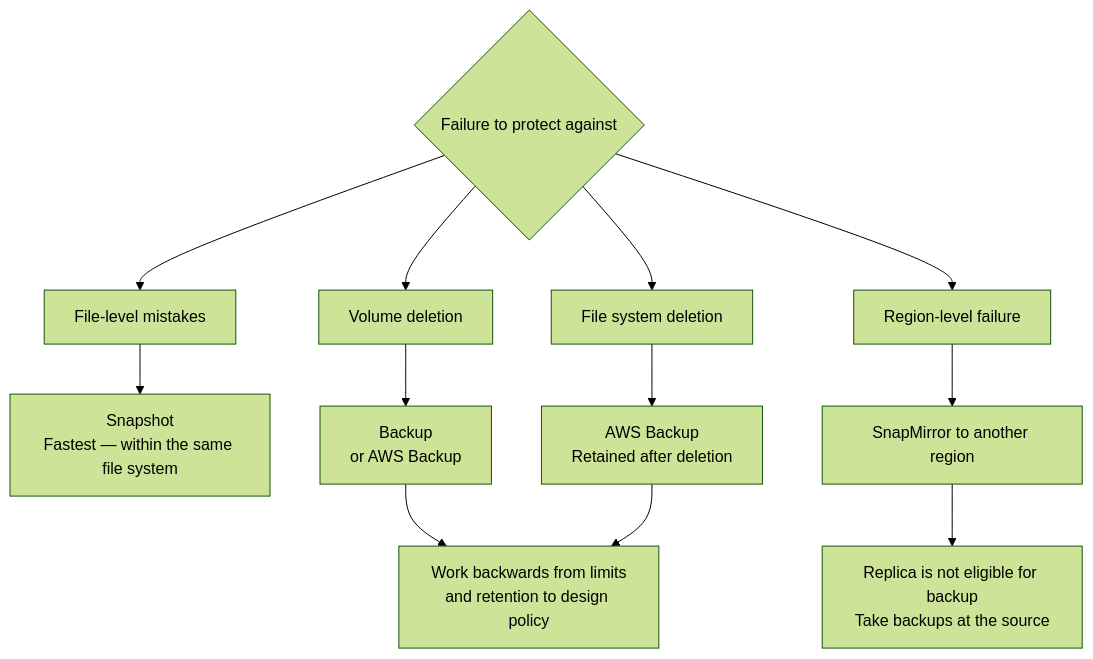
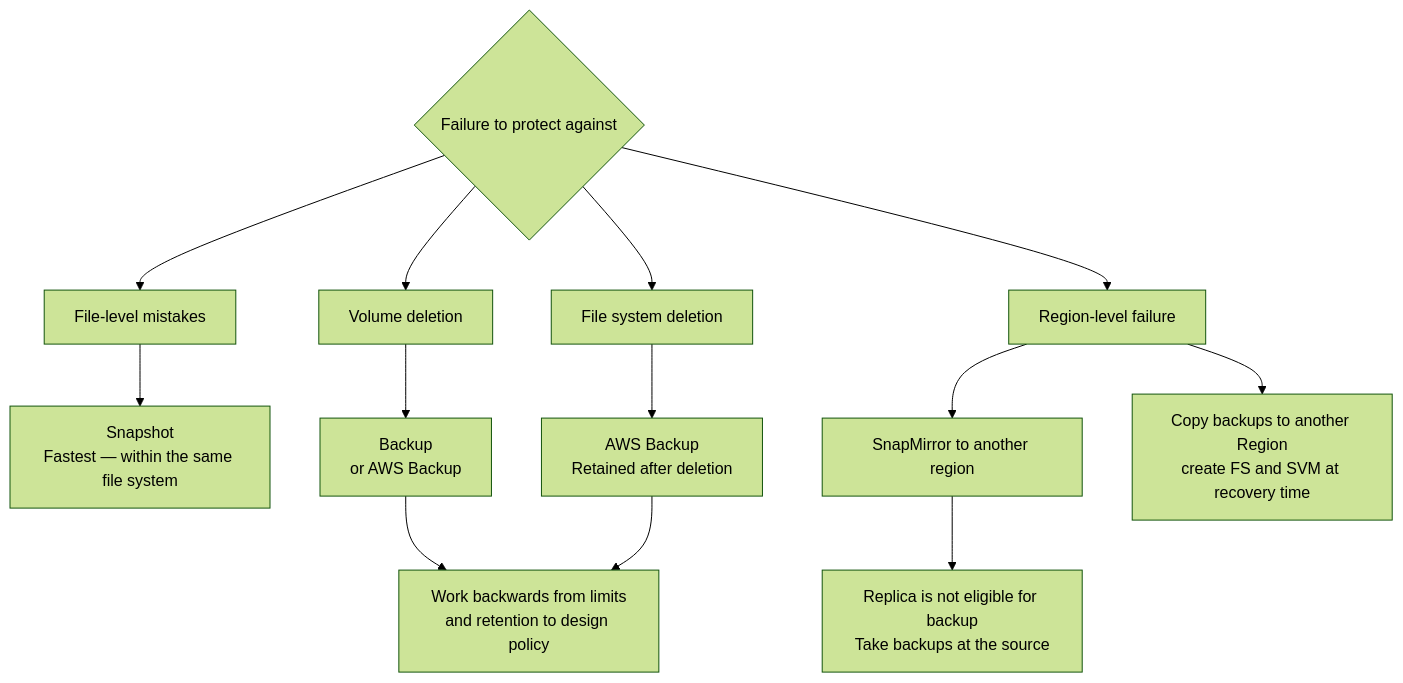
The diagram in docs/en/domains/data-protection/notes/snapshots-are-not-a-recovery-plan.md (Yoshiki0705/FSx-for-ONTAP-Adoption-Playbook), drawn with Mermaid (forest theme) before and after one commit. The commit also changed other lines of this file and 12 other files, not shown here.

````diff
--- a/docs/en/domains/data-protection/notes/snapshots-are-not-a-recovery-plan.md
+++ b/docs/en/domains/data-protection/notes/snapshots-are-not-a-recovery-plan.md
@@ -143,16 +143,17 @@
 ```mermaid
 graph TD
     Q{Failure to protect against} --> F[File-level mistakes]
     Q --> V[Volume deletion]
     Q --> FS[File system deletion]
     Q --> R[Region-level failure]
 
     F --> F1[Snapshot<br/>Fastest — within the same file system]
     V --> V1[Backup<br/>or AWS Backup]
     FS --> FS1[AWS Backup<br/>Retained after deletion]
     R --> R1[SnapMirror to another region]
+    R --> R2["Copy backups to another Region<br/>create FS and SVM at recovery time"]
 
     R1 --> WARN[Replica is not eligible for backup<br/>Take backups at the source]
     V1 --> RET[Work backwards from limits<br/>and retention to design policy]
     FS1 --> RET
 ```
````
